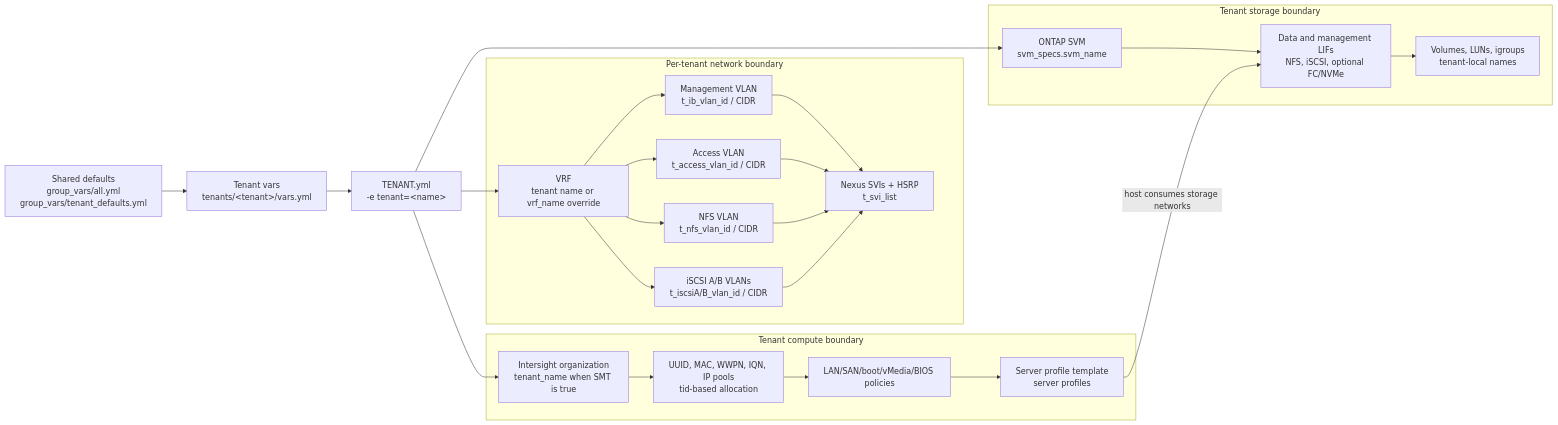
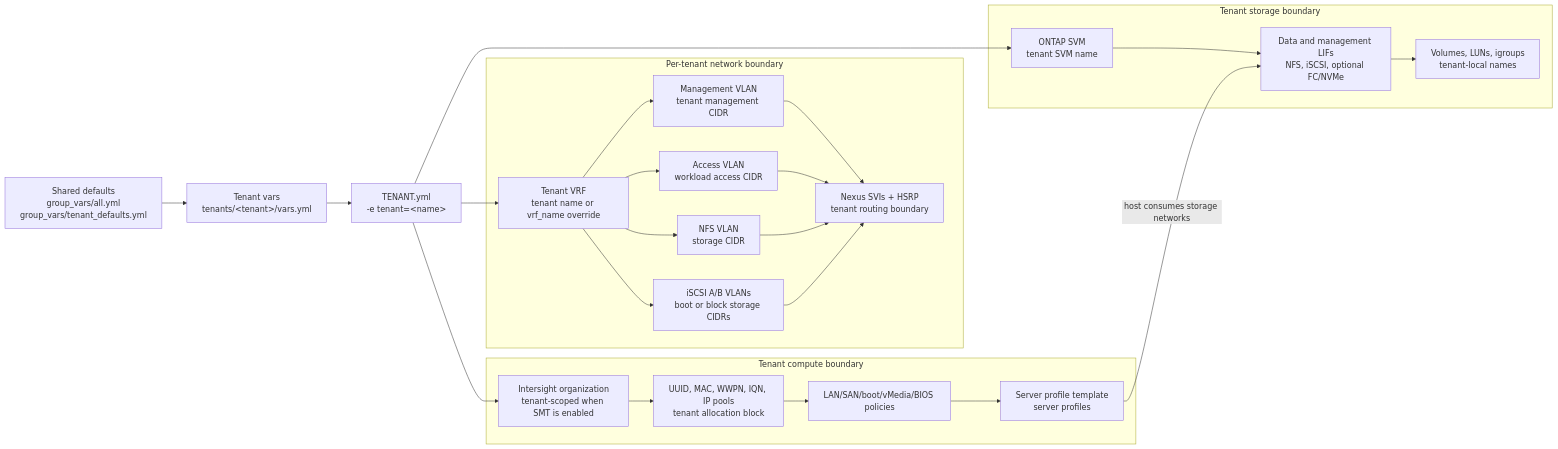
Before and after one commit to ukleidon/FlexPod-IMM-Rancher: the second of 3 diagrams in docs/architecture-overview.md, drawn with Mermaid. The commit also changed other lines of this file and 92 other files, not shown here.

````diff
--- a/docs/architecture-overview.md
+++ b/docs/architecture-overview.md
@@ -64,42 +61,42 @@
 ```mermaid
 flowchart LR
   shared["Shared defaults<br/>group_vars/all.yml<br/>group_vars/tenant_defaults.yml"]
   tenantvars["Tenant vars<br/>tenants/&lt;tenant&gt;/vars.yml"]
   playbook["TENANT.yml<br/>-e tenant=&lt;name&gt;"]
 
   subgraph vrf["Per-tenant network boundary"]
-    tenantvrf["VRF<br/>tenant name or vrf_name override"]
-    mgmt["Management VLAN<br/>t_ib_vlan_id / CIDR"]
-    access["Access VLAN<br/>t_access_vlan_id / CIDR"]
-    nfs["NFS VLAN<br/>t_nfs_vlan_id / CIDR"]
-    iscsi["iSCSI A/B VLANs<br/>t_iscsiA/B_vlan_id / CIDR"]
-    svi["Nexus SVIs + HSRP<br/>t_svi_list"]
+    tenantvrf["Tenant VRF<br/>tenant name or vrf_name override"]
+    mgmt["Management VLAN<br/>tenant management CIDR"]
+    access["Access VLAN<br/>workload access CIDR"]
+    nfs["NFS VLAN<br/>storage CIDR"]
+    iscsi["iSCSI A/B VLANs<br/>boot or block storage CIDRs"]
+    svi["Nexus SVIs + HSRP<br/>tenant routing boundary"]
   end
 
-  subgraph storage["Tenant storage boundary"]
-    svm["ONTAP SVM<br/>svm_specs.svm_name"]
+  subgraph storageTenant["Tenant storage boundary"]
+    svm["ONTAP SVM<br/>tenant SVM name"]
     lifs["Data and management LIFs<br/>NFS, iSCSI, optional FC/NVMe"]
     vols["Volumes, LUNs, igroups<br/>tenant-local names"]
   end
 
   subgraph compute["Tenant compute boundary"]
-    org["Intersight organization<br/>tenant_name when SMT is true"]
-    pools["UUID, MAC, WWPN, IQN, IP pools<br/>tid-based allocation"]
+    org["Intersight organization<br/>tenant-scoped when SMT is enabled"]
+    pools["UUID, MAC, WWPN, IQN, IP pools<br/>tenant allocation block"]
     policies["LAN/SAN/boot/vMedia/BIOS policies"]
     profiles["Server profile template<br/>server profiles"]
   end
 
   shared --> tenantvars --> playbook
   playbook --> tenantvrf
   tenantvrf --> mgmt
   tenantvrf --> access
   tenantvrf --> nfs
   tenantvrf --> iscsi
   mgmt --> svi
   access --> svi
   nfs --> svi
   iscsi --> svi
   playbook --> svm --> lifs --> vols
   playbook --> org --> pools --> policies --> profiles
   profiles -->|"host consumes storage networks"| lifs
 ```
````
